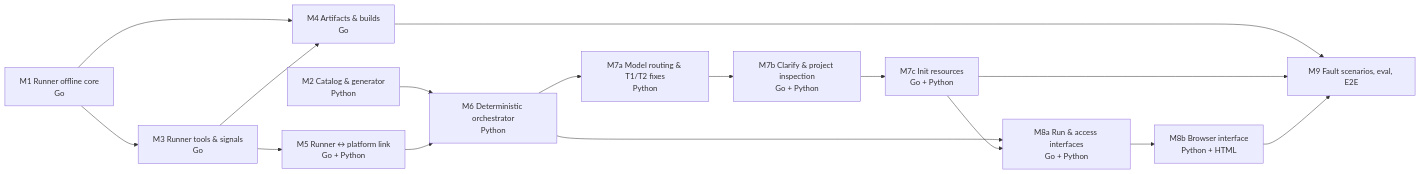
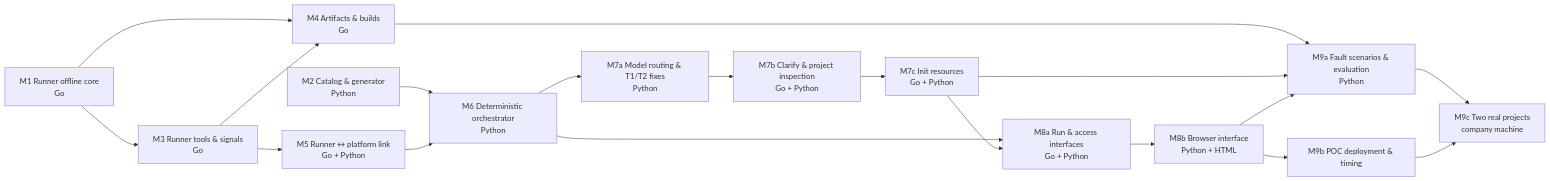
Before and after one commit to yutaofr/container-agent: the diagram in docs/plans/2026-10-17-poc-roadmap.md, drawn with Mermaid. The commit also changed other lines of this file and 3 other files, not shown here.

First line of the commit message:
docs: design M9a fault scenarios and evaluation; split M9

````diff
--- a/docs/plans/2026-10-17-poc-roadmap.md
+++ b/docs/plans/2026-10-17-poc-roadmap.md
@@ -10,31 +10,36 @@
 ```mermaid
 flowchart LR
   M1["M1 Runner offline core<br/>Go"]
   M2["M2 Catalog & generator<br/>Python"]
   M3["M3 Runner tools & signals<br/>Go"]
   M4["M4 Artifacts & builds<br/>Go"]
   M5["M5 Runner ↔ platform link<br/>Go + Python"]
   M6["M6 Deterministic orchestrator<br/>Python"]
   M7a["M7a Model routing & T1/T2 fixes<br/>Python"]
   M7b["M7b Clarify & project inspection<br/>Go + Python"]
   M7c["M7c Init resources<br/>Go + Python"]
   M8a["M8a Run & access interfaces<br/>Go + Python"]
   M8b["M8b Browser interface<br/>Python + HTML"]
-  M9["M9 Fault scenarios, eval, E2E"]
+  M9a["M9a Fault scenarios & evaluation<br/>Python"]
+  M9b["M9b POC deployment & timing"]
+  M9c["M9c Two real projects<br/>company machine"]
 
   M1 --> M3
   M1 --> M4
   M3 --> M4
   M3 --> M5
   M2 --> M6
   M5 --> M6
   M6 --> M7a
   M7a --> M7b
   M7b --> M7c
   M6 --> M8a
   M7c --> M8a
   M8a --> M8b
-  M4 --> M9
-  M7c --> M9
-  M8b --> M9
+  M4 --> M9a
+  M7c --> M9a
+  M8b --> M9a
+  M8b --> M9b
+  M9a --> M9c
+  M9b --> M9c
 ```
````
